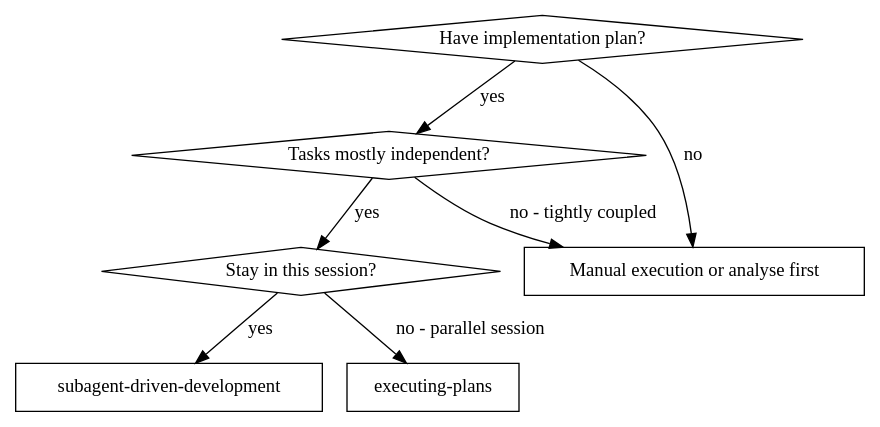
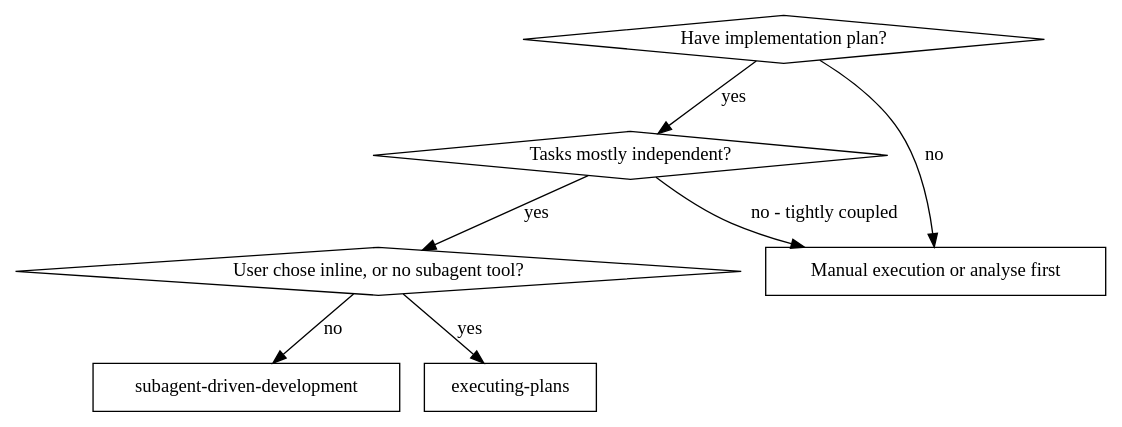
One commit to cloudfieldcz/cf-powers changed the first of 2 diagrams in skills/subagent-driven-development/SKILL.md. Above: the diagram before and after it, drawn with Graphviz. The commit also changed other lines of this file and 28 other files, not shown here.

First line of the commit message:
feat: inline executing-plans and upstream v6.4.2 sync for v2.7.0

````diff
--- a/skills/subagent-driven-development/SKILL.md
+++ b/skills/subagent-driven-development/SKILL.md
@@ -38,17 +38,17 @@
 ```dot
 digraph when_to_use {
     "Have implementation plan?" [shape=diamond];
     "Tasks mostly independent?" [shape=diamond];
-    "Stay in this session?" [shape=diamond];
+    "User chose inline, or no subagent tool?" [shape=diamond];
     "subagent-driven-development" [shape=box];
     "executing-plans" [shape=box];
     "Manual execution or analyse first" [shape=box];
 
     "Have implementation plan?" -> "Tasks mostly independent?" [label="yes"];
     "Have implementation plan?" -> "Manual execution or analyse first" [label="no"];
-    "Tasks mostly independent?" -> "Stay in this session?" [label="yes"];
+    "Tasks mostly independent?" -> "User chose inline, or no subagent tool?" [label="yes"];
     "Tasks mostly independent?" -> "Manual execution or analyse first" [label="no - tightly coupled"];
-    "Stay in this session?" -> "subagent-driven-development" [label="yes"];
-    "Stay in this session?" -> "executing-plans" [label="no - parallel session"];
+    "User chose inline, or no subagent tool?" -> "executing-plans" [label="yes"];
+    "User chose inline, or no subagent tool?" -> "subagent-driven-development" [label="no"];
 }
 ```
````
